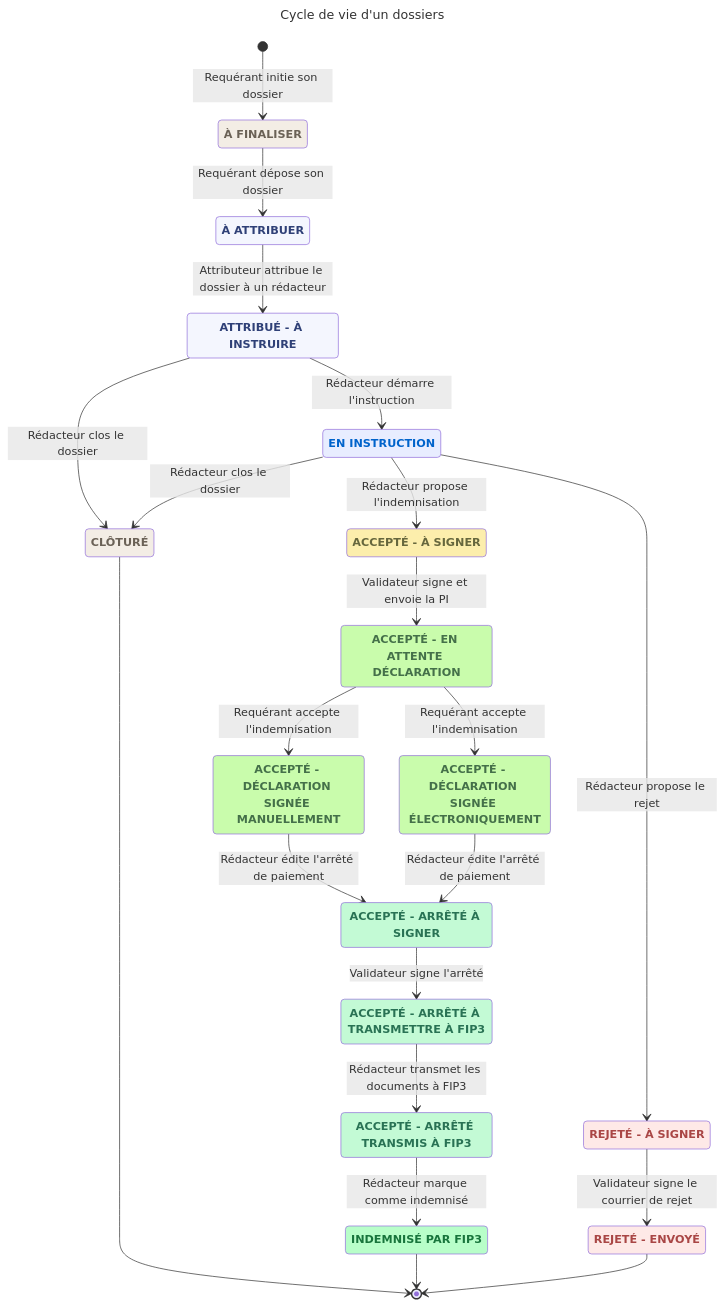
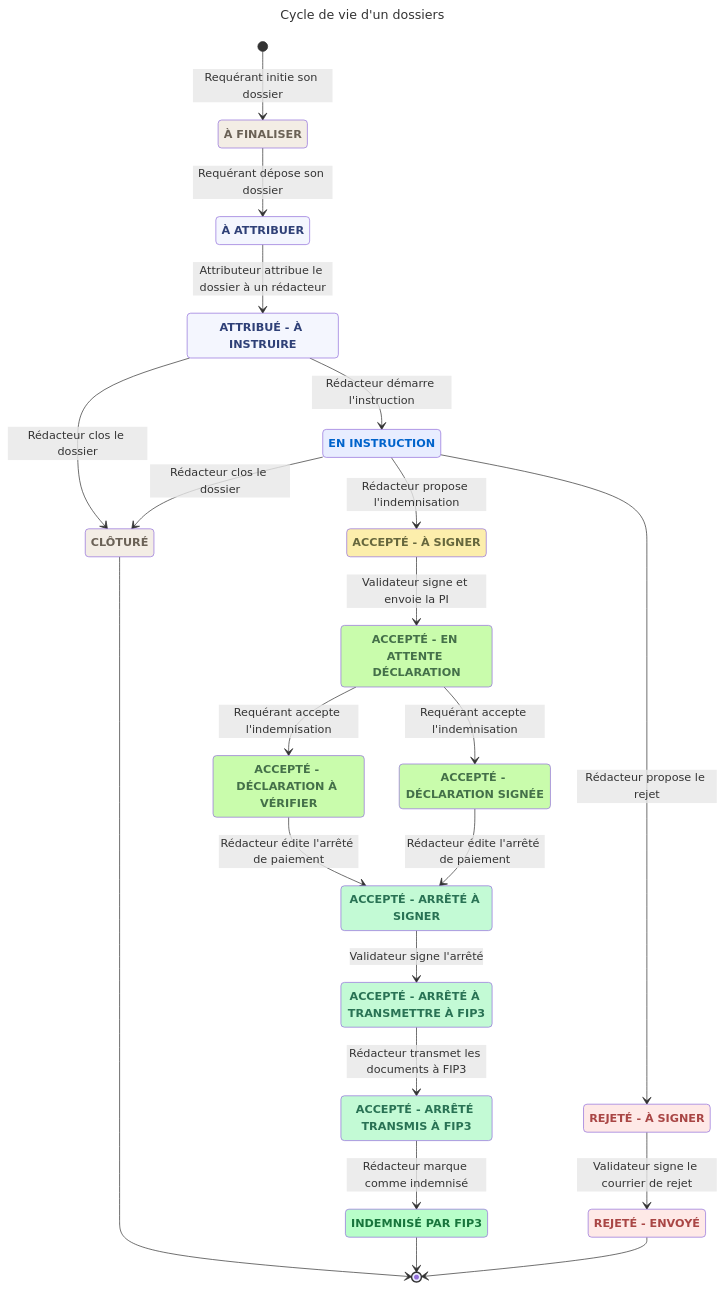
Before and after one commit to betagouv/mon-indemnisation-justice: the diagram in docs/004-Cycle de vie d'un dossier.md, drawn with Mermaid. The commit also changed 3 other files, not shown here.

````diff
--- a/docs/004-Cycle de vie d'un dossier.md
+++ b/docs/004-Cycle de vie d'un dossier.md
@@ -31,59 +31,59 @@
 ```mermaid
 ---
 title: Cycle de vie d'un dossiers
 ---
 stateDiagram-v2
     direction TB
 
     classDef a_finaliser font-weight:bold,text-transform:uppercase,color:#6a6156,fill:#f3ede5
     classDef a_attribuer font-weight:bold,text-transform:uppercase,color:#2f4077,fill:#f4f6fe
     classDef a_instruire font-weight:bold,text-transform:uppercase,color:#2f4077,fill:#f4f6fe
     classDef en_instruction font-weight:bold,text-transform:uppercase,color:#0063cb,fill:#e8edff
     classDef cloture font-weight:bold,text-transform:uppercase,color:#6a6156,fill:#f3ede5
     classDef ok_a_signer font-weight:bold,text-transform:uppercase,color:#66673d,fill:#fceeac
     classDef ok_a_approuver font-weight:bold,text-transform:uppercase,color:#447049,fill:#c9fcac
     classDef ok_accepte font-weight:bold,text-transform:uppercase,color:#447049,fill:#c9fcac
     classDef ok_verifie font-weight:bold,text-transform:uppercase,color:#297254,fill:#c3fad5
     classDef ok_a_indemniser font-weight:bold,text-transform:uppercase,color:#297254,fill:#c3fad5
     classDef ok_en_attente_paiement font-weight:bold,text-transform:uppercase,color:#297254,fill:#c3fad5
     classDef ok_indemnise font-weight:bold,text-transform:uppercase,color:#18753c,fill:#b8fec9
     classDef ko_a_signer font-weight:bold,text-transform:uppercase,color:#a94645,fill:#fee9e7
     classDef ko_rejete font-weight:bold,text-transform:uppercase,color:#ce0500,fill:#ffe9e9
 
     A_FINALISER: À finaliser
     A_ATTRIBUER: À attribuer
     A_INSTRUIRE: Attribué - à instruire
     EN_INSTRUCTION: En instruction
     CLOTURE: Clôturé
     OK_A_SIGNER: Accepté - à signer
     OK_A_APPROUVER: Accepté - en attente déclaration
-    OK_A_VERIFIER: Accepté - déclaration signée manuellement
-    OK_ACCEPTE: Accepté - déclaration signée électroniquement
+    OK_A_VERIFIER: Accepté - déclaration à vérifier
+    OK_ACCEPTE: Accepté - déclaration signée
     OK_VERIFIE: Accepté - arrêté à signer
     OK_A_INDEMNISER: Accepté - arrêté à transmettre à FIP3
     OK_EN_ATTENTE_PAIEMENT: Accepté - arrêté transmis à FIP3
     OK_INDEMNISE: Indemnisé par FIP3
     KO_A_SIGNER: Rejeté - à signer
     KO_REJETE: Rejeté - envoyé
 
     [*] --> A_FINALISER :::a_finaliser : Requérant initie son dossier
     A_FINALISER --> A_ATTRIBUER ::: a_attribuer : Requérant dépose son dossier
     A_ATTRIBUER --> A_INSTRUIRE ::: a_instruire : Attributeur attribue le dossier à un rédacteur
     A_INSTRUIRE --> EN_INSTRUCTION ::: en_instruction : Rédacteur démarre l'instruction
     A_INSTRUIRE --> CLOTURE ::: cloture : Rédacteur clos le dossier
     EN_INSTRUCTION --> CLOTURE ::: cloture : Rédacteur clos le dossier
     CLOTURE --> [*]
     EN_INSTRUCTION --> OK_A_SIGNER ::: ok_a_signer : Rédacteur propose l'indemnisation
     OK_A_SIGNER --> OK_A_APPROUVER ::: ok_a_approuver : Validateur signe et envoie la PI
     OK_A_APPROUVER --> OK_A_VERIFIER ::: ok_accepte : Requérant accepte l'indemnisation
     OK_A_APPROUVER --> OK_ACCEPTE ::: ok_accepte : Requérant accepte l'indemnisation
     OK_A_VERIFIER --> OK_VERIFIE ::: ok_verifie : Rédacteur édite l'arrêté de paiement
     OK_ACCEPTE --> OK_VERIFIE ::: ok_verifie : Rédacteur édite l'arrêté de paiement
     OK_VERIFIE --> OK_A_INDEMNISER ::: ok_a_indemniser : Validateur signe l'arrêté
     OK_A_INDEMNISER --> OK_EN_ATTENTE_PAIEMENT ::: ok_en_attente_paiement : Rédacteur transmet les documents à FIP3
     OK_EN_ATTENTE_PAIEMENT --> OK_INDEMNISE ::: ok_indemnise : Rédacteur marque comme indemnisé
     OK_INDEMNISE --> [*]
     EN_INSTRUCTION --> KO_A_SIGNER ::: ko_a_signer : Rédacteur propose le rejet
     KO_A_SIGNER --> KO_REJETE ::: ko_a_signer : Validateur signe le courrier de rejet
     KO_REJETE --> [*]
 ```
````
